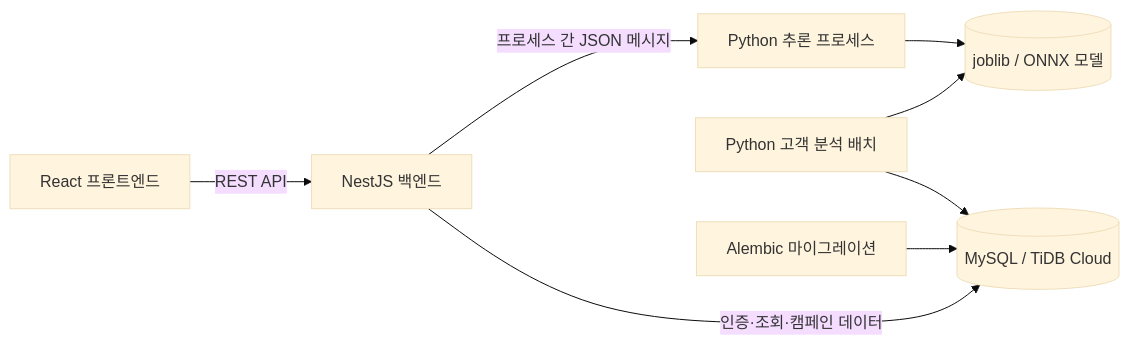
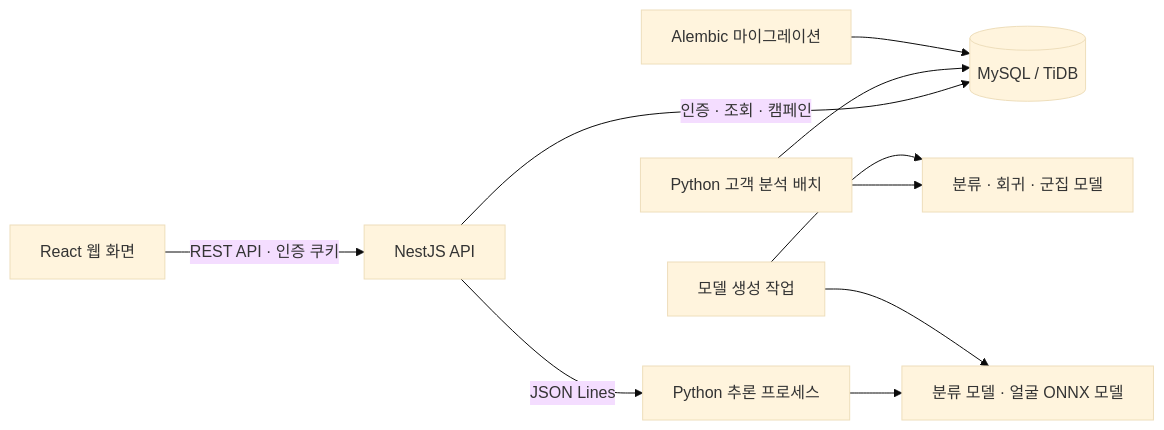
Before and after one commit to ilil1/Cardops: the diagram in README.md, drawn with Mermaid (base theme). The commit also changed other lines of this file and 34 other files, not shown here.

````diff
--- a/README.md
+++ b/README.md
@@ -134,10 +65,12 @@
 ```mermaid
 flowchart LR
-    Browser[React 프론트엔드] -->|REST API| Nest[NestJS 백엔드]
-    Nest -->|인증·조회·캠페인 데이터| DB[(MySQL / TiDB Cloud)]
-    Nest -->|프로세스 간 JSON 메시지| Worker[Python 추론 프로세스]
-    Worker --> Models[(joblib / ONNX 모델)]
-    Batch[Python 고객 분석 배치] --> DB
-    Batch --> Models
-    Alembic[Alembic 마이그레이션] --> DB
+    Web[React 웹 화면] -->|REST API · 인증 쿠키| API[NestJS API]
+    API -->|인증 · 조회 · 캠페인| DB[(MySQL / TiDB)]
+    API -->|JSON Lines| Worker[Python 추론 프로세스]
+    Worker --> Models[분류 모델 · 얼굴 ONNX 모델]
+    Batch[Python 고객 분석 배치] --> Analysis[분류 · 회귀 · 군집 모델]
+    Batch --> DB
+    Migration[Alembic 마이그레이션] --> DB
+    Builder[모델 생성 작업] --> Models
+    Builder --> Analysis
 ```
````
